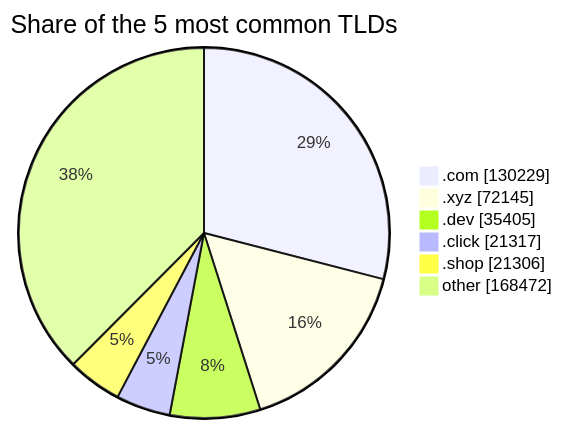
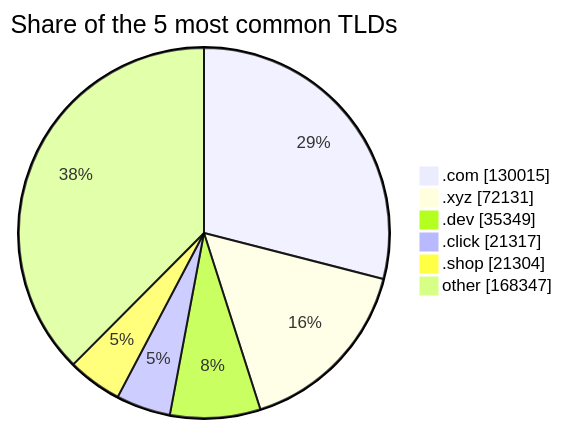
One commit to DNSBunker/CTI changed the third of 3 diagrams in README.md. Above: the diagram before and after it, drawn with Mermaid. The commit also changed other lines of this file and 3 other files, not shown here.

````diff
--- a/README.md
+++ b/README.md
@@ -81,9 +81,9 @@
 ```mermaid
 pie showData title Share of the 5 most common TLDs
-    ".com" : 130229
-    ".xyz" : 72145
-    ".dev" : 35405
+    ".com" : 130015
+    ".xyz" : 72131
+    ".dev" : 35349
     ".click" : 21317
-    ".shop" : 21306
-    "other" : 168472
+    ".shop" : 21304
+    "other" : 168347
 ```
````
